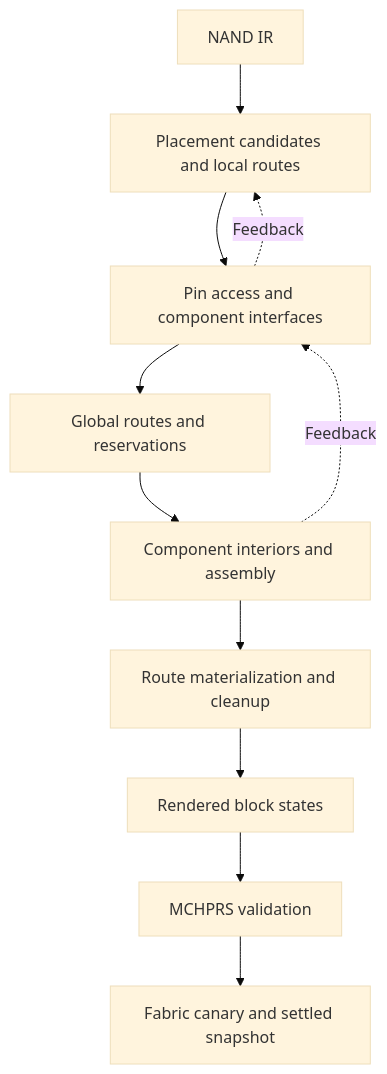
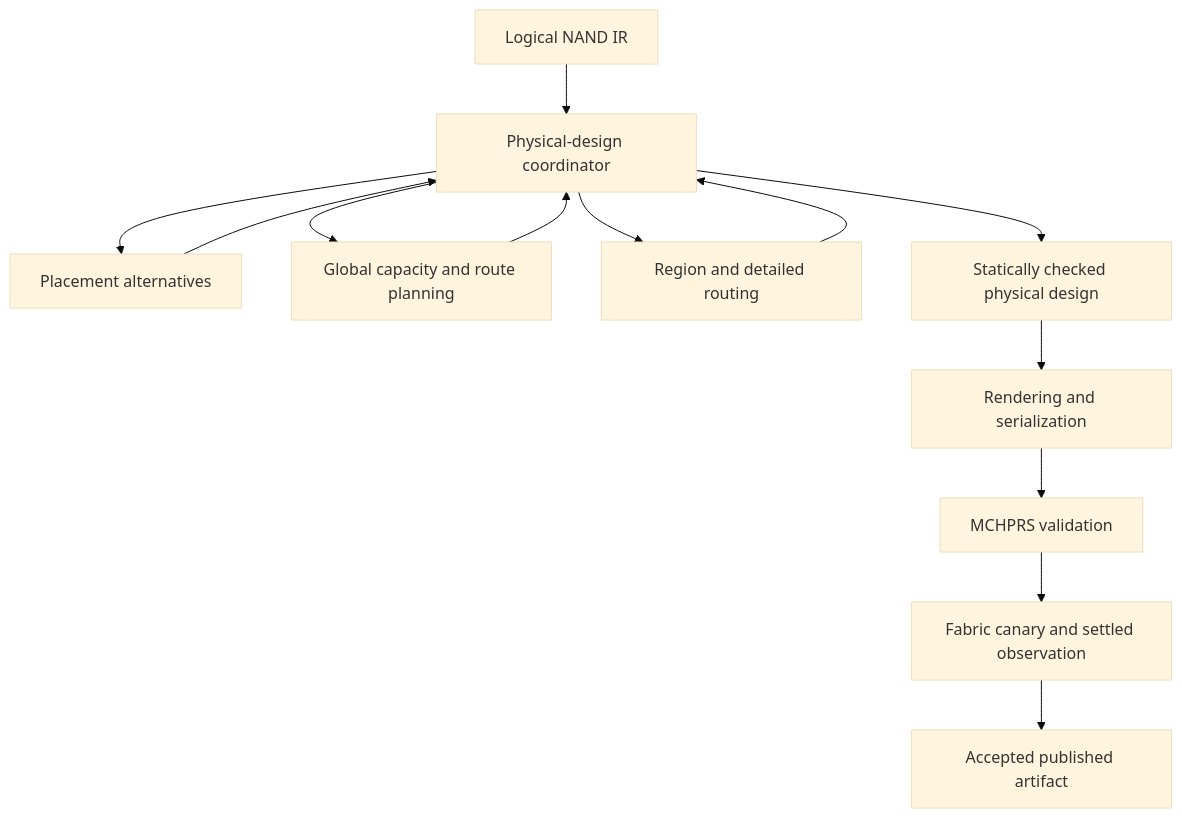
Before and after one commit to ThunderFruta/RedstoneCompiler: the first of 3 diagrams in Docs/Architecture/PhysicalDesignArchitectureReview.md, drawn with Mermaid (base theme). The commit also changed other lines of this file and 50 other files, not shown here.

Commit message:
Document physical design pillars and contracts

````diff
--- a/Docs/Architecture/PhysicalDesignArchitectureReview.md
+++ b/Docs/Architecture/PhysicalDesignArchitectureReview.md
@@ -120,13 +53,15 @@
-~~~mermaid
+```mermaid
 flowchart TD
-    I["NAND IR"] --> P["Placement candidates and local routes"]
-    P --> B["Pin access and component interfaces"]
-    B --> G["Global routes and reservations"]
-    G --> L["Component interiors and assembly"]
-    L --> R["Route materialization and cleanup"]
-    R --> E["Rendered block states"]
+    L["Logical NAND IR"] --> C["Physical-design coordinator"]
+    C --> P["Placement alternatives"]
+    C --> G["Global capacity and route planning"]
+    C --> R["Region and detailed routing"]
+    P --> C
+    G --> C
+    R --> C
+    C --> S["Statically checked physical design"]
+    S --> E["Rendering and serialization"]
     E --> M["MCHPRS validation"]
-    M --> F["Fabric canary and settled snapshot"]
-    B -. Feedback .-> P
-    L -. Feedback .-> B
-~~~
+    M --> F["Fabric canary and settled observation"]
+    F --> A["Accepted published artifact"]
+```
````
